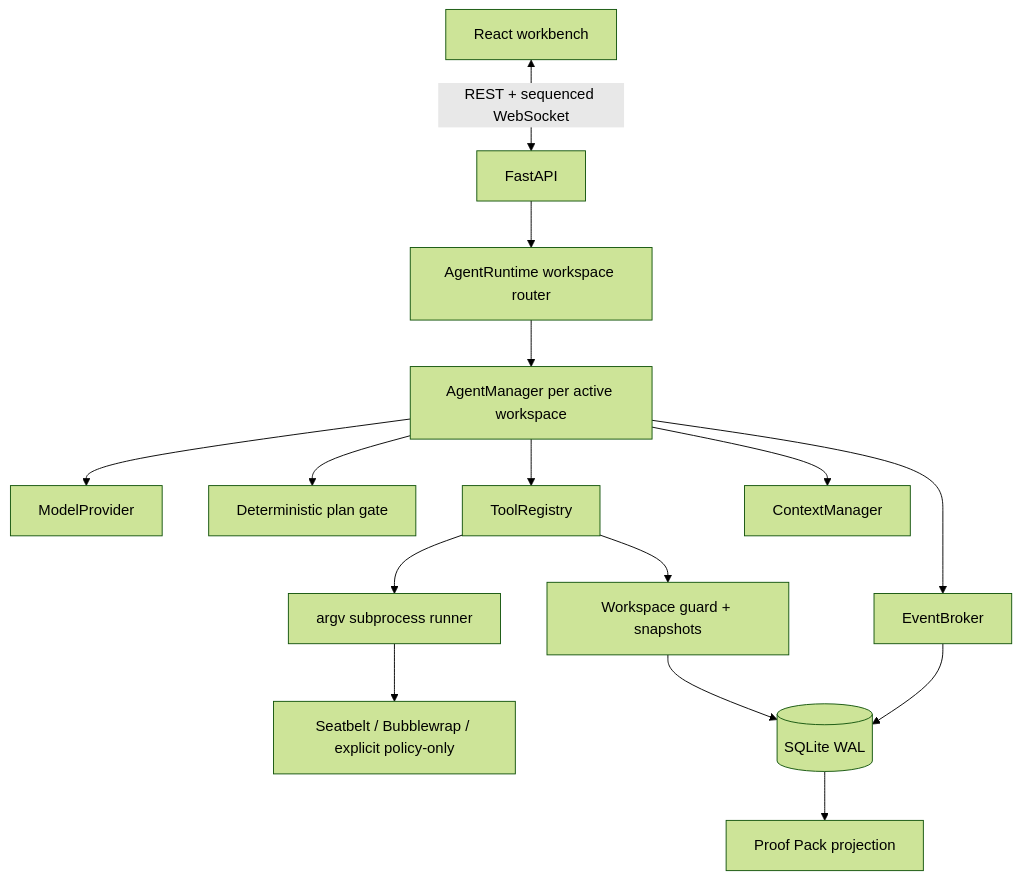
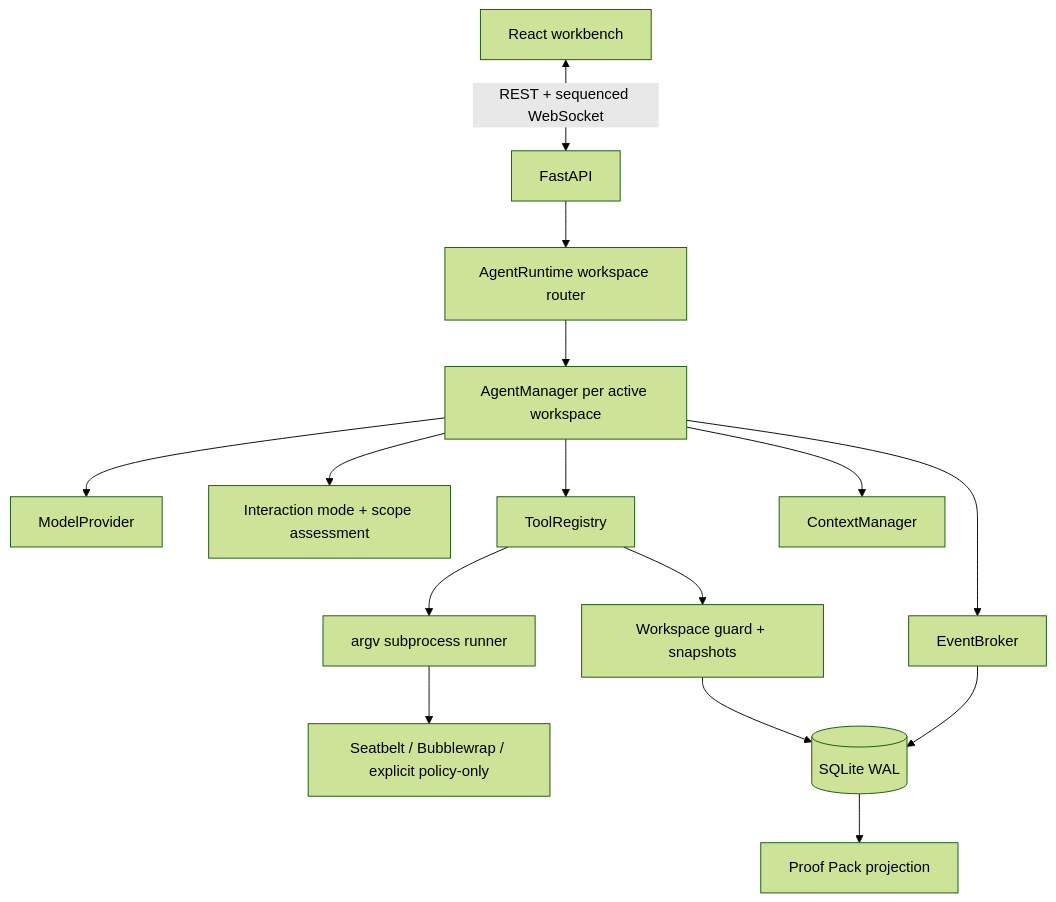
Before and after one commit to iamzwxyy/traceforge: the first of 2 diagrams in docs/architecture.md, drawn with Mermaid (forest theme). The commit also changed other lines of this file and 39 other files, not shown here.

Commit message:
feat: align task flow with agent and plan modes

````diff
--- a/docs/architecture.md
+++ b/docs/architecture.md
@@ -12,17 +12,17 @@
 ```mermaid
 flowchart TB
     UI[React workbench] <-->|REST + sequenced WebSocket| API[FastAPI]
     API --> Runtime[AgentRuntime workspace router]
     Runtime --> Manager[AgentManager per active workspace]
     Manager --> Provider[ModelProvider]
-    Manager --> Gate[Deterministic plan gate]
+    Manager --> Gate[Interaction mode + scope assessment]
     Manager --> Tools[ToolRegistry]
     Manager --> Context[ContextManager]
     Tools --> Guard[Workspace guard + snapshots]
     Tools --> Process[argv subprocess runner]
     Process --> Sandbox[Seatbelt / Bubblewrap / explicit policy-only]
     Manager --> Broker[EventBroker]
     Broker --> DB[(SQLite WAL)]
     Guard --> DB
     DB --> Proof[Proof Pack projection]
 ```
````
